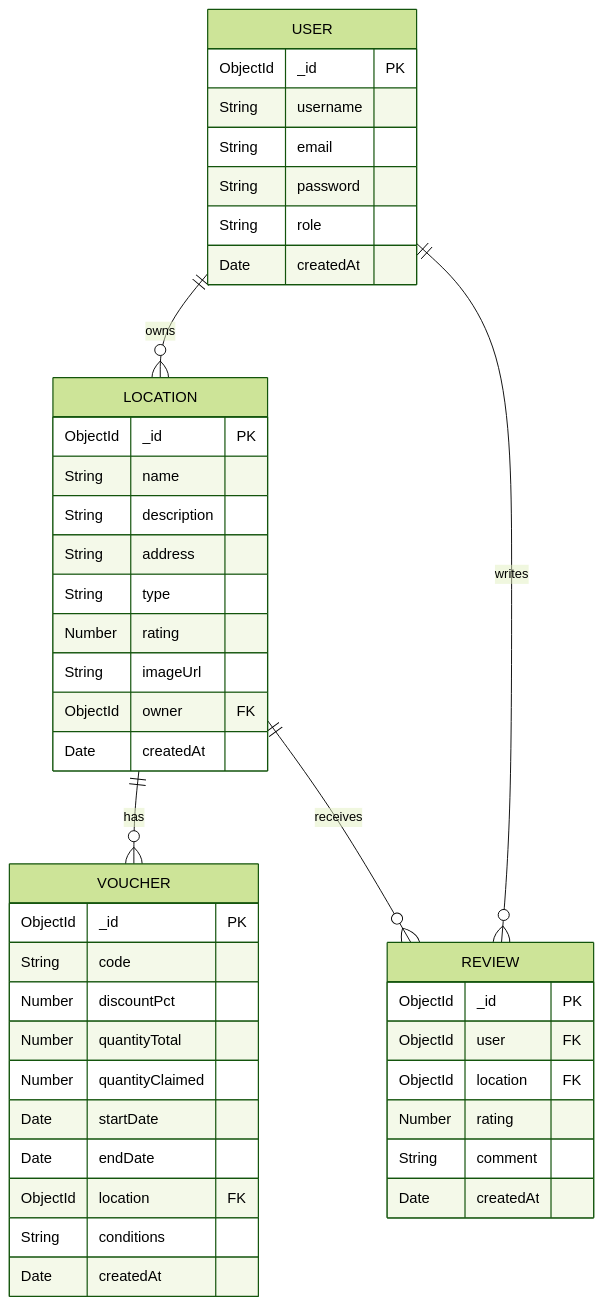
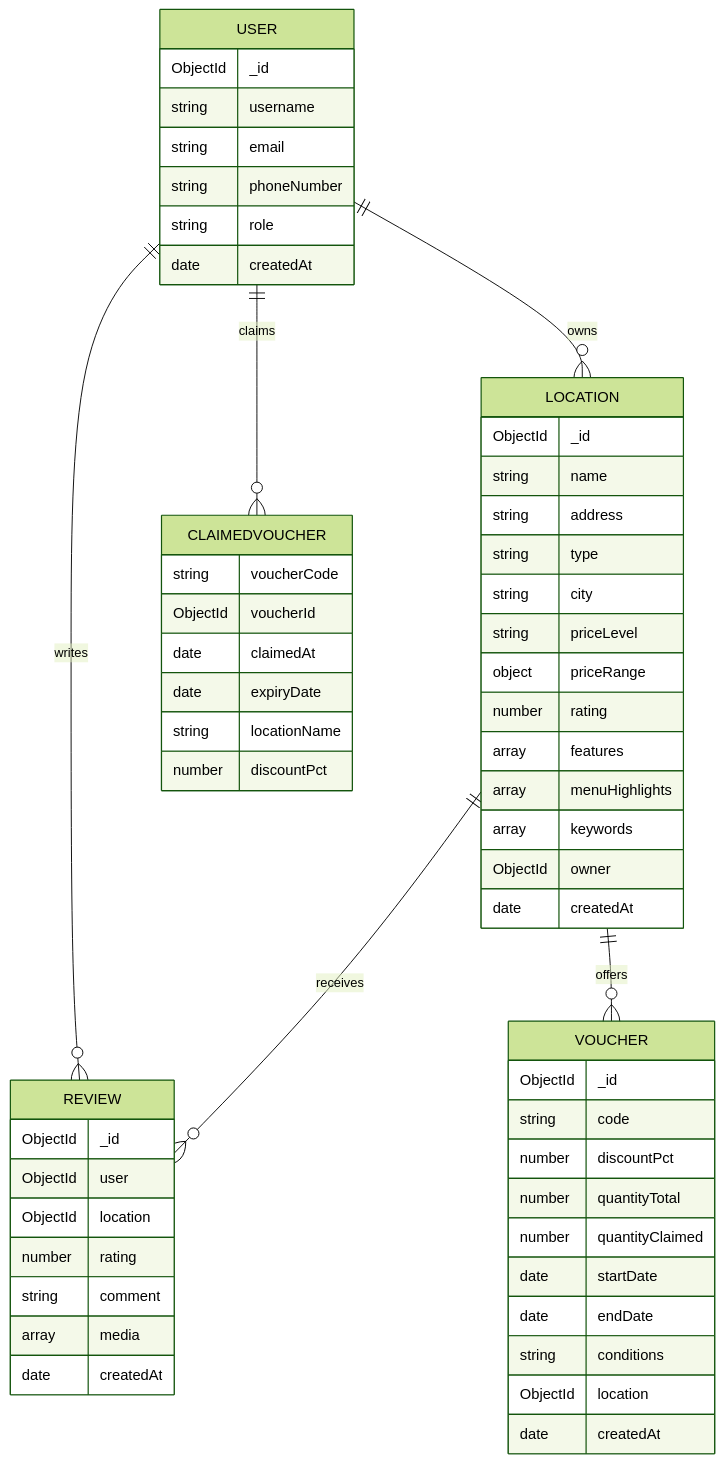
One commit to tamnguyen0K/voucher-management-system changed the second of 5 diagrams in docs/system-architecture.md. Above: the diagram before and after it, drawn with Mermaid (forest theme). The commit also changed other lines of this file and 10 other files, not shown here.

Commit message:
Updated README and code to reflect changes in system architecture, database schema, user flow, component architecture, authentication flow, voucher claim process, file structure, and API endpoints.

````diff
--- a/docs/system-architecture.md
+++ b/docs/system-architecture.md
@@ -40,50 +91,65 @@
 ```mermaid
 erDiagram
+    USER ||--o{ LOCATION : owns
+    USER ||--o{ REVIEW : writes
+    USER ||--o{ CLAIMEDVOUCHER : claims
+    LOCATION ||--o{ REVIEW : receives
+    LOCATION ||--o{ VOUCHER : offers
+
     USER {
-        ObjectId _id PK
-        String username
-        String email
-        String password
-        String role
-        Date createdAt
+        ObjectId _id
+        string username
+        string email
+        string phoneNumber
+        string role
+        date createdAt
     }
-    
+
+    CLAIMEDVOUCHER {
+        string voucherCode
+        ObjectId voucherId
+        date claimedAt
+        date expiryDate
+        string locationName
+        number discountPct
+    }
+
     LOCATION {
-        ObjectId _id PK
-        String name
-        String description
-        String address
-        String type
-        Number rating
-        String imageUrl
-        ObjectId owner FK
-        Date createdAt
+        ObjectId _id
+        string name
+        string address
+        string type
+        string city
+        string priceLevel
+        object priceRange
+        number rating
+        array features
+        array menuHighlights
+        array keywords
+        ObjectId owner
+        date createdAt
     }
-    
+
     VOUCHER {
-        ObjectId _id PK
-        String code
-        Number discountPct
-        Number quantityTotal
-        Number quantityClaimed
-        Date startDate
-        Date endDate
-        ObjectId location FK
-        String conditions
-        Date createdAt
+        ObjectId _id
+        string code
+        number discountPct
+        number quantityTotal
+        number quantityClaimed
+        date startDate
+        date endDate
+        string conditions
+        ObjectId location
+        date createdAt
     }
-    
+
     REVIEW {
-        ObjectId _id PK
-        ObjectId user FK
-        ObjectId location FK
-        Number rating
-        String comment
-        Date createdAt
+        ObjectId _id
+        ObjectId user
+        ObjectId location
+        number rating
+        string comment
+        array media
+        date createdAt
     }
-    
-    USER ||--o{ LOCATION : "owns"
-    LOCATION ||--o{ VOUCHER : "has"
-    LOCATION ||--o{ REVIEW : "receives"
-    USER ||--o{ REVIEW : "writes"
 ```
````
